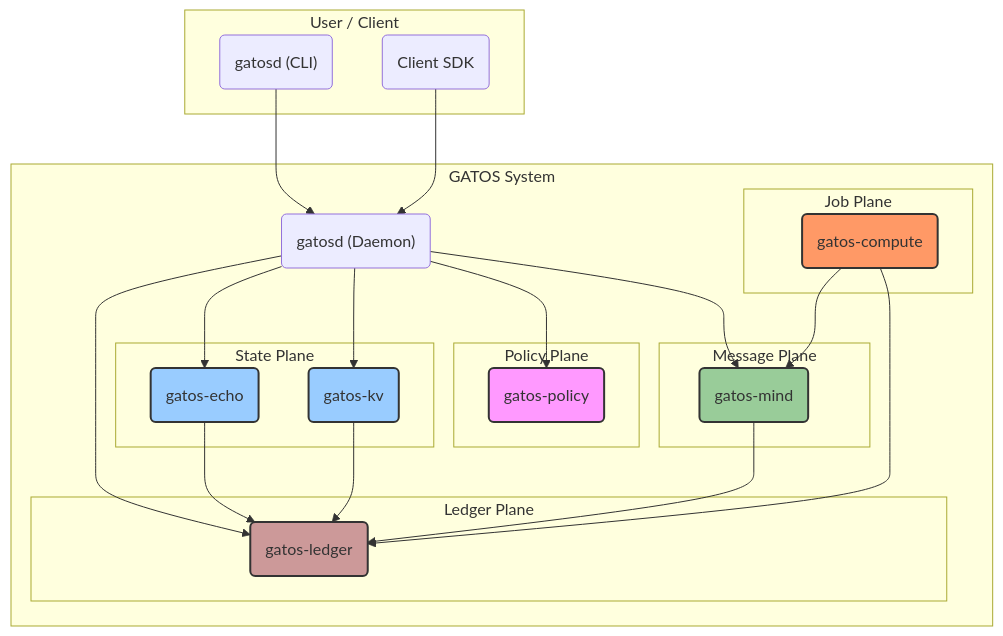
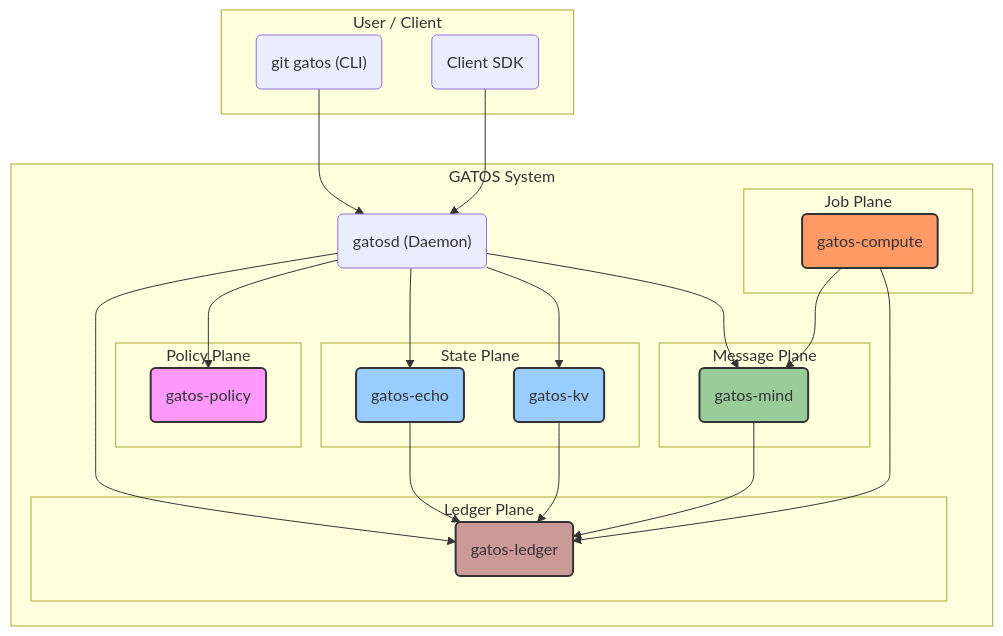
One commit to flyingrobots/gatos changed the diagram in docs/guide/CHAPTER-001.md. Above: the diagram before and after it, drawn with Mermaid. The commit also changed other lines of this file and 12 other files, not shown here.

````diff
--- a/docs/guide/CHAPTER-001.md
+++ b/docs/guide/CHAPTER-001.md
@@ -12,54 +12,54 @@
 ```mermaid
 graph TD
     subgraph "User / Client"
-        CLI("gatosd (CLI)")
+        CLI("git gatos (CLI)")
         SDK("Client SDK")
     end
 
     subgraph "GATOS System"
         Daemon("gatosd (Daemon)")
 
-        subgraph "Policy Plane"
-            Policy("gatos-policy");
+        subgraph "Ledger Plane"
+            Ledger("gatos-ledger");
         end
 
         subgraph "State Plane"
             Echo("gatos-echo");
             KV("gatos-kv");
+        end
+
+        subgraph "Policy Plane"
+            Policy("gatos-policy");
         end
 
         subgraph "Message Plane"
             Mind("gatos-mind");
         end
 
         subgraph "Job Plane"
             Compute("gatos-compute");
-        end
-
-        subgraph "Ledger Plane"
-            Ledger("gatos-ledger");
         end
 
         Daemon --> Policy;
         Daemon --> Echo;
         Daemon --> KV;
         Daemon --> Mind;
         Daemon --> Ledger;
 
         Echo --> Ledger;
         KV --> Ledger;
         Mind --> Ledger;
         Compute --> Mind;
         Compute --> Ledger;
     end
 
     CLI --> Daemon;
     SDK --> Daemon;
 
     style Policy fill:#f9f,stroke:#333,stroke-width:2px
     style Echo fill:#9cf,stroke:#333,stroke-width:2px
     style KV fill:#9cf,stroke:#333,stroke-width:2px
     style Mind fill:#9c9,stroke:#333,stroke-width:2px
     style Ledger fill:#c99,stroke:#333,stroke-width:2px
     style Compute fill:#f96,stroke:#333,stroke-width:2px
 ```
````
